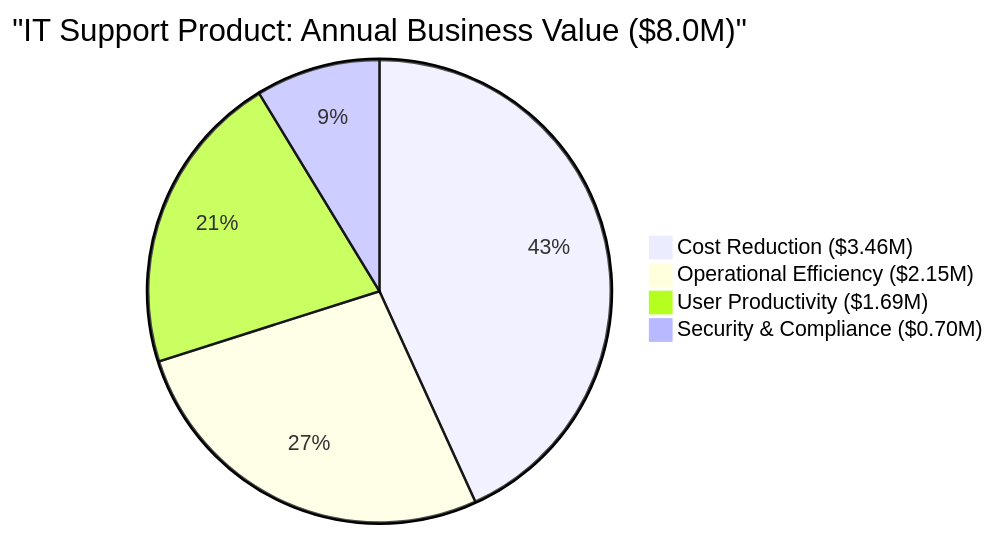
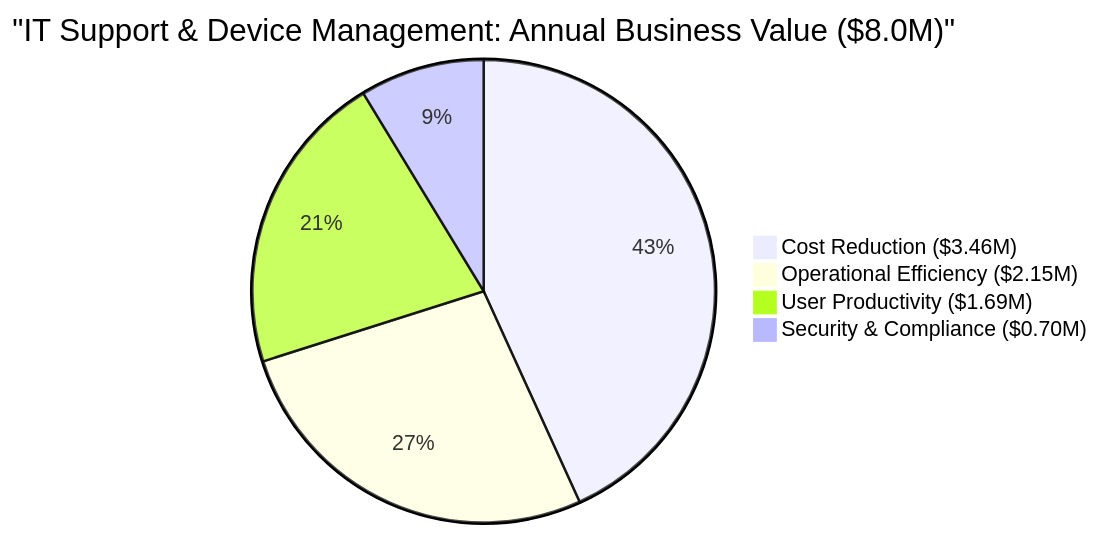
One commit to ME-ai-agents/docs_prod changed diagram 16 of 21 in ME.ai_FDD_Impl Strategy & Business Value.md. Above: the diagram before and after it, drawn with Mermaid. The commit also changed other lines of this file, not shown here.

Commit message:
Update ME.ai_FDD_Impl Strategy & Business Value.md

````diff
--- a/ME.ai_FDD_Impl Strategy & Business Value.md
+++ b/ME.ai_FDD_Impl Strategy & Business Value.md
@@ -903,7 +876,7 @@
 ```mermaid
-pie title "IT Support Product: Annual Business Value ($8.0M)"
+pie title "IT Support & Device Management: Annual Business Value ($8.0M)"
     "Cost Reduction ($3.46M)" : 43.2
     "Operational Efficiency ($2.15M)" : 26.9
     "User Productivity ($1.69M)" : 21.2
     "Security & Compliance ($0.70M)" : 8.7
 ```
````
